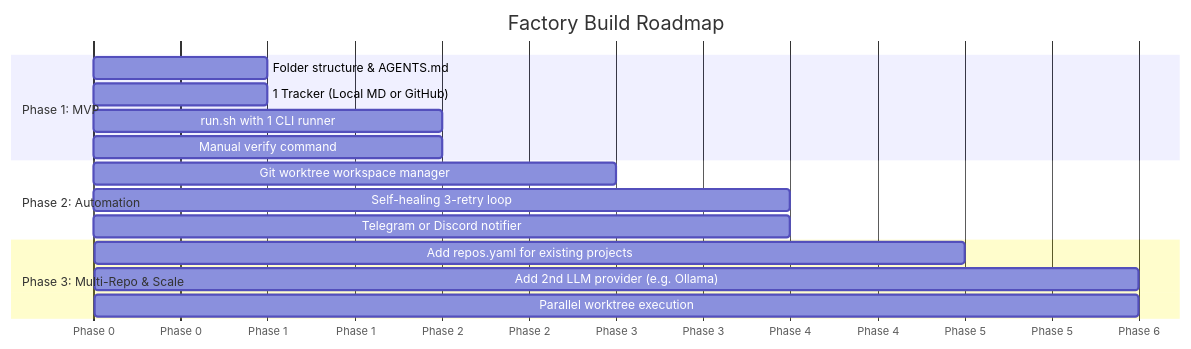
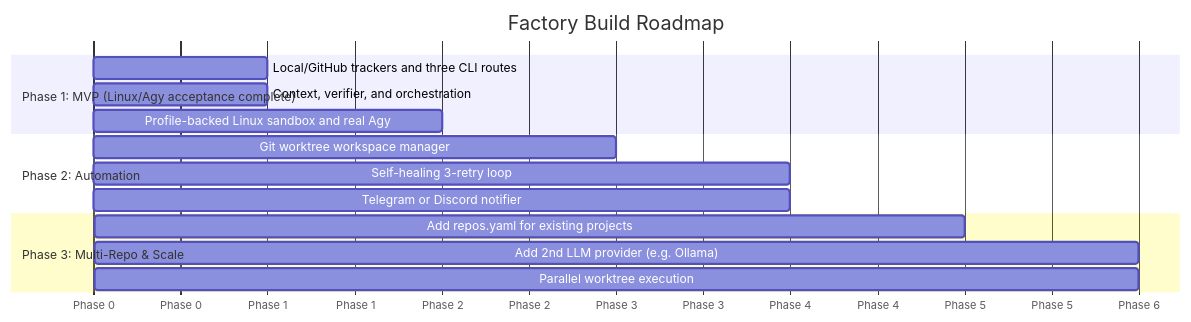
One commit to islam-kamel/software_factory changed the fifth of 5 diagrams in docs/system_design.md. Above: the diagram before and after it, drawn with Mermaid. The commit also changed other lines of this file and 47 other files, not shown here.

First line of the commit message:
feat: add scoped Linux workflow and CLI runners (#3)

````diff
--- a/docs/system_design.md
+++ b/docs/system_design.md
@@ -213,22 +224,21 @@
 ```mermaid
 gantt
     title Factory Build Roadmap
     dateFormat X
     axisFormat Phase %s
 
-    section Phase 1: MVP
-    Folder structure & AGENTS.md           :p1, 0, 1
-    1 Tracker (Local MD or GitHub)         :p2, 0, 1
-    run.sh with 1 CLI runner               :p3, 1, 2
-    Manual verify command                  :p4, 1, 2
+    section Phase 1: MVP (Linux/Agy acceptance complete)
+    Local/GitHub trackers and three CLI routes :p1, 0, 1
+    Context, verifier, and orchestration       :p2, 0, 1
+    Profile-backed Linux sandbox and real Agy :p3, 1, 2
 
     section Phase 2: Automation
     Git worktree workspace manager         :p5, 2, 3
     Self-healing 3-retry loop              :p6, 2, 4
     Telegram or Discord notifier           :p7, 3, 4
 
     section Phase 3: Multi-Repo & Scale
     Add repos.yaml for existing projects   :p8, 4, 5
     Add 2nd LLM provider (e.g. Ollama)     :p9, 4, 6
     Parallel worktree execution            :p10, 5, 6
 ```
````
